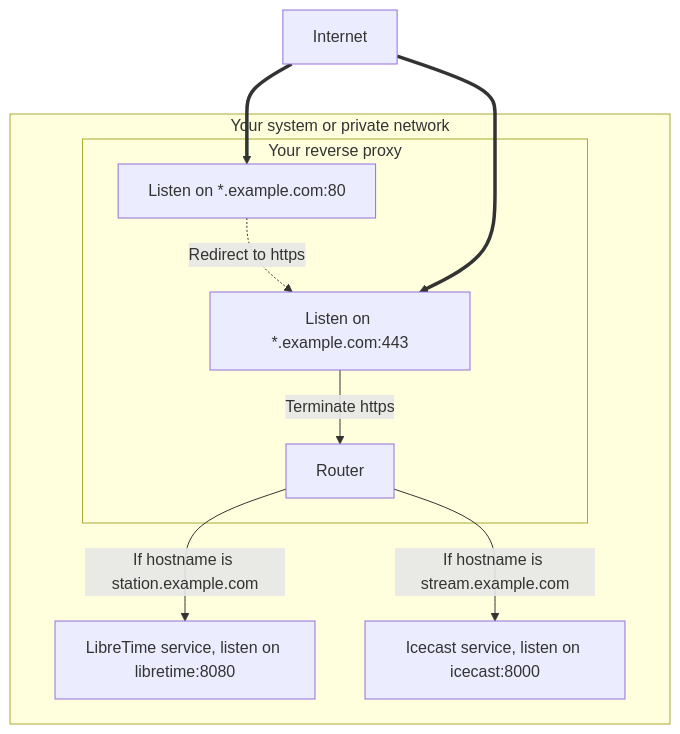
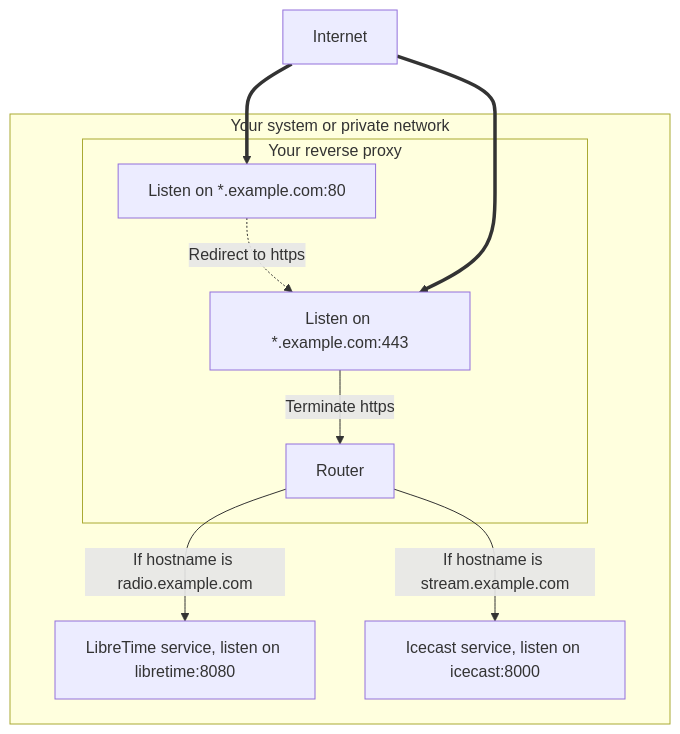
The diagram in docs/admin-manual/setup/reverse-proxy.md (jooola/libretime), drawn with Mermaid before and after one commit. The commit also changed other lines of this file and 1 other file, not shown here.

````diff
--- a/docs/admin-manual/setup/reverse-proxy.md
+++ b/docs/admin-manual/setup/reverse-proxy.md
@@ -39,24 +16,24 @@
 ```mermaid
 flowchart TD
     internet[Internet]
 
     subgraph internal[Your system or private network]
         libretime[LibreTime service, listen on libretime:8080]
         icecast[Icecast service, listen on icecast:8000]
 
         subgraph proxy[Your reverse proxy]
             front_http[Listen on *.example.com:80]
             front_https[Listen on *.example.com:443]
             front_http -.-> |Redirect to https| front_https
 
             router[Router]
             front_https --> |Terminate https| router
         end
 
-        router --> |If hostname is station.example.com| libretime
+        router --> |If hostname is radio.example.com| libretime
         router --> |If hostname is stream.example.com| icecast
     end
 
     internet ==> front_http
     internet ==> front_https
 ```
````
